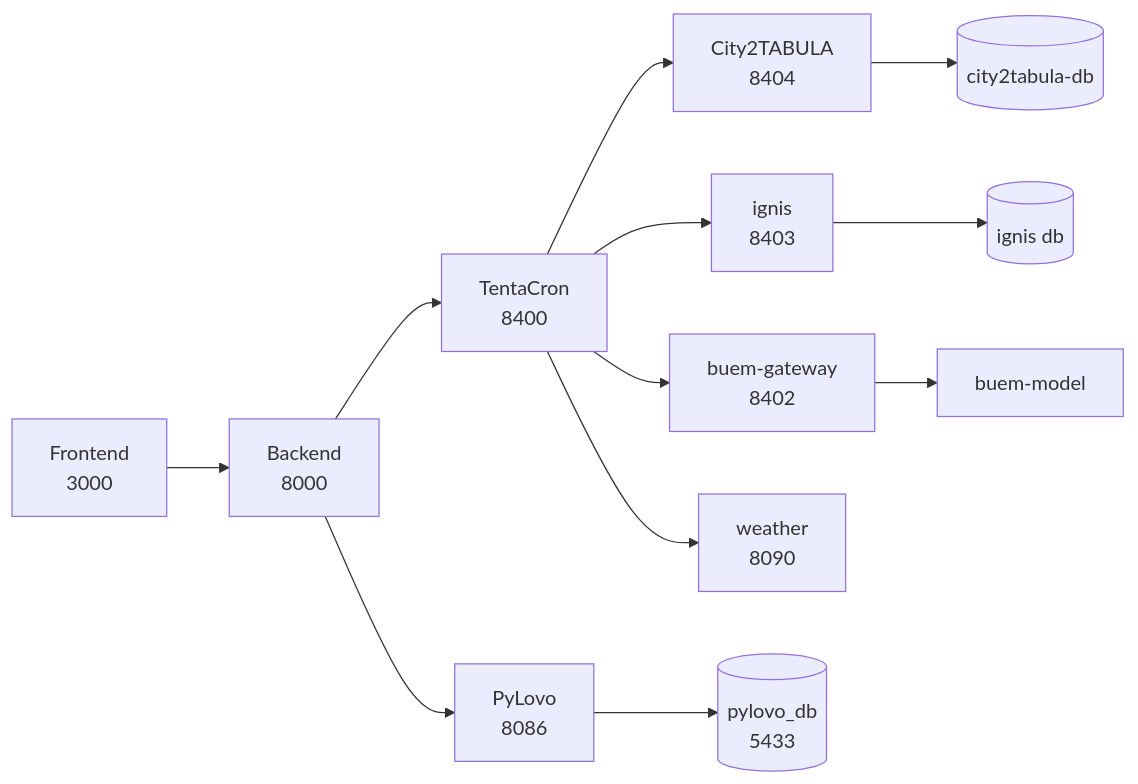
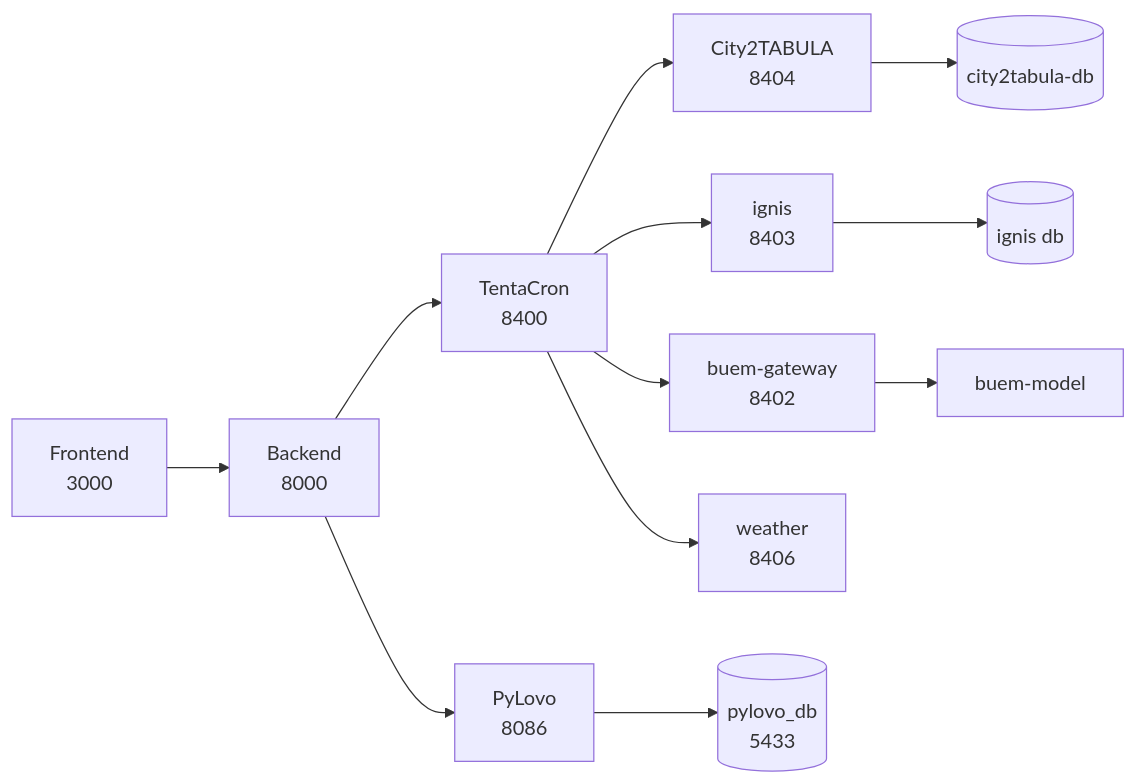
Before and after one commit to enerplanet/enerplanet: the diagram in docs/enerplanet/heat-stack-e2e.md, drawn with Mermaid. The commit also changed other lines of this file, not shown here.

First line of the commit message:
docs(enerplanet): name the weather port allocation correctly

````diff
--- a/docs/enerplanet/heat-stack-e2e.md
+++ b/docs/enerplanet/heat-stack-e2e.md
@@ -19,14 +19,14 @@
 ```mermaid
 graph LR
     FE[Frontend<br>3000] --> BE[Backend<br>8000]
     BE --> PYL[PyLovo<br>8086]
     BE --> TC[TentaCron<br>8400]
     TC --> C2T[City2TABULA<br>8404]
     TC --> IGN[ignis<br>8403]
     TC --> BG[buem-gateway<br>8402]
-    TC --> WX[weather<br>8090]
+    TC --> WX[weather<br>8406]
     BG --> BM[buem-model]
     C2T --> C2TDB[(city2tabula-db)]
     IGN --> IGNDB[(ignis db)]
     PYL --> PG[(pylovo_db<br>5433)]
 ```
````
